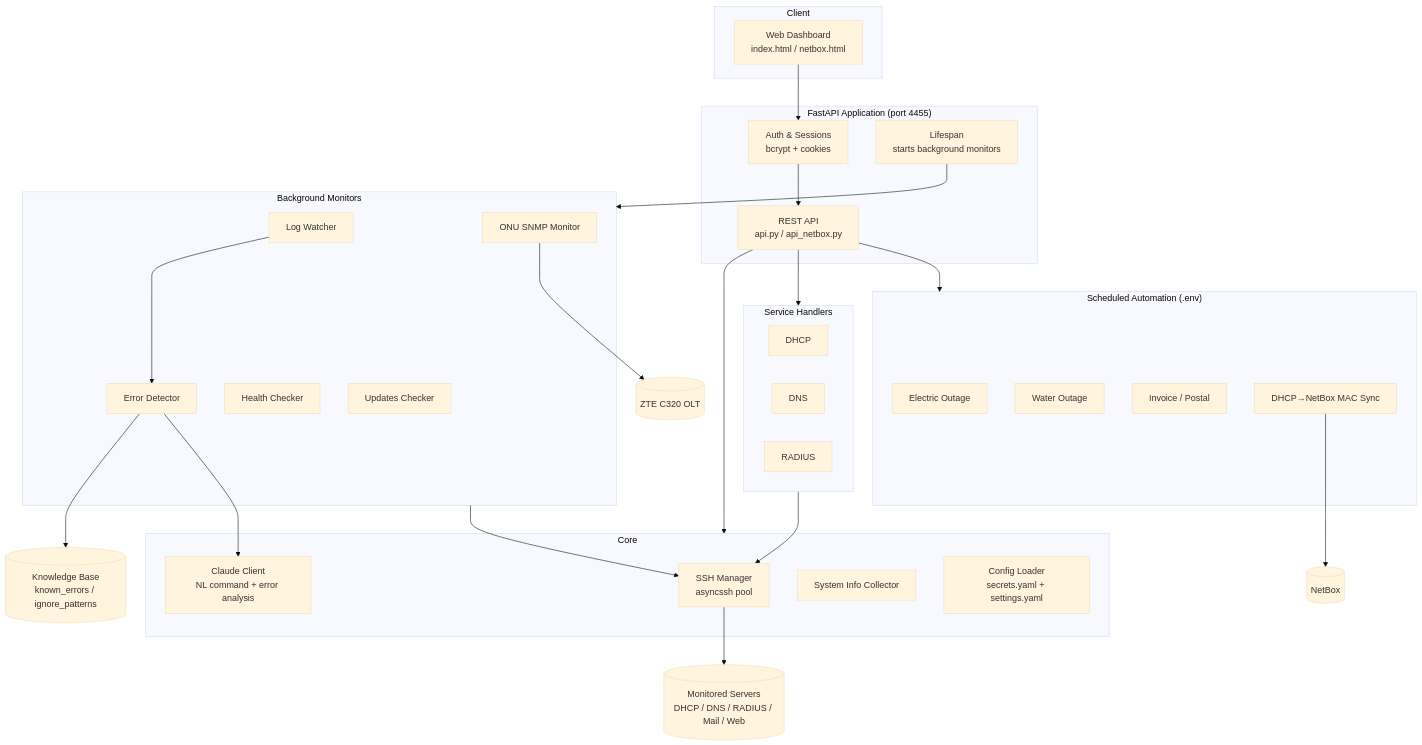
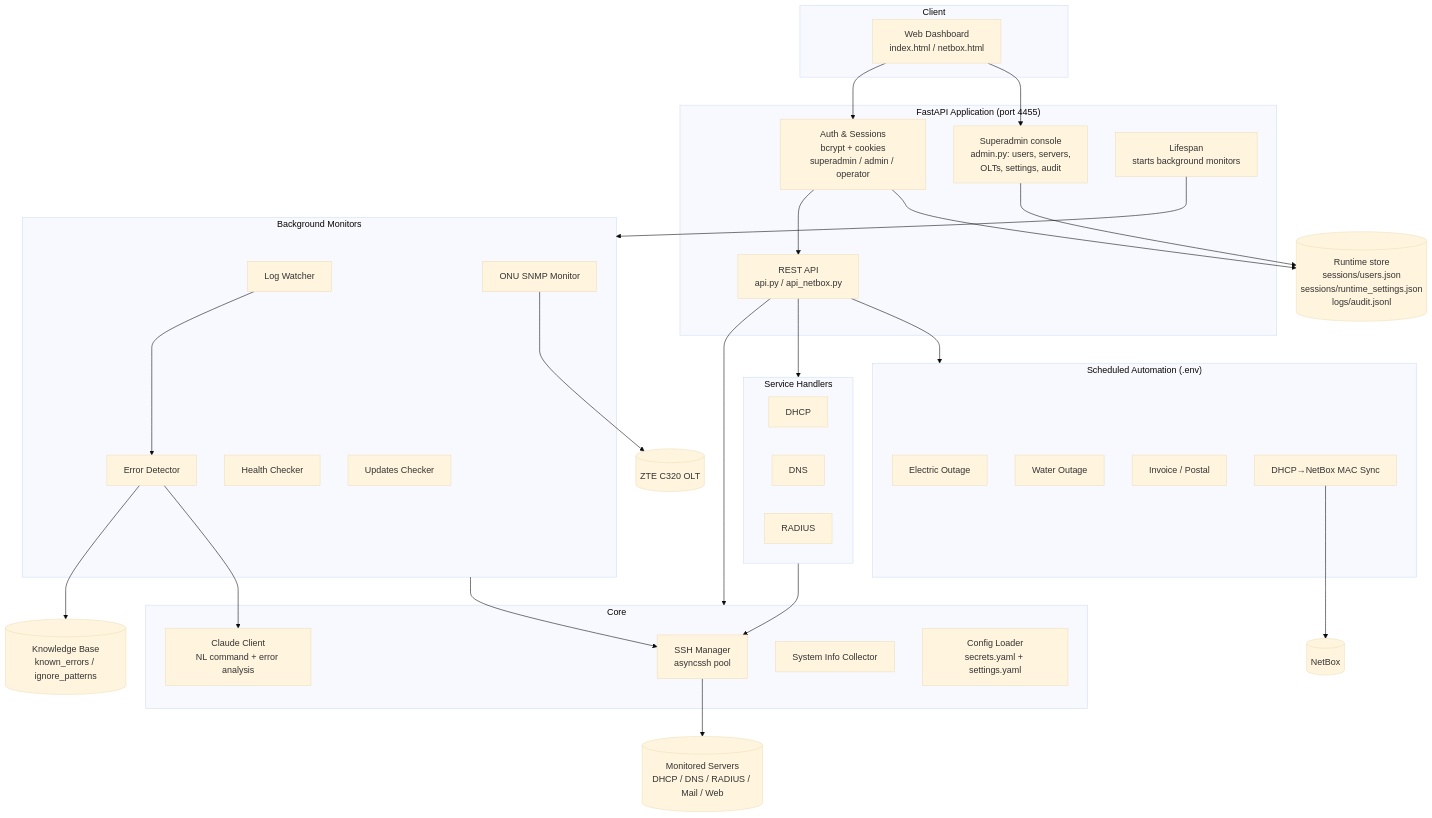
The diagram in README.md (Madly222/netops-control-plane), drawn with Mermaid (base theme) before and after one commit. The commit also changed other lines of this file, not shown here.

````diff
--- a/README.md
+++ b/README.md
@@ -52,57 +53,62 @@
 ```mermaid
 flowchart TB
     subgraph Client
         UI[Web Dashboard<br/>index.html / netbox.html]
     end
 
     subgraph App["FastAPI Application (port 4455)"]
-        AUTH[Auth & Sessions<br/>bcrypt + cookies]
+        AUTH[Auth & Sessions<br/>bcrypt + cookies<br/>superadmin / admin / operator]
         API[REST API<br/>api.py / api_netbox.py]
+        ADMIN[Superadmin console<br/>admin.py: users, servers,<br/>OLTs, settings, audit]
         LIFESPAN[Lifespan<br/>starts background monitors]
     end
 
     subgraph Core
         SSH[SSH Manager<br/>asyncssh pool]
         CLAUDE[Claude Client<br/>NL command + error analysis]
         SYSINFO[System Info Collector]
         CONFIG[Config Loader<br/>secrets.yaml + settings.yaml]
     end
 
     subgraph Services["Service Handlers"]
         DHCP[DHCP]
         DNS[DNS]
         RADIUS[RADIUS]
     end
 
     subgraph Monitors["Background Monitors"]
         LOGW[Log Watcher]
         ERRD[Error Detector]
         HEALTH[Health Checker]
         UPD[Updates Checker]
         ONU[ONU SNMP Monitor]
     end
 
     subgraph Automation["Scheduled Automation (.env)"]
         ELEC[Electric Outage]
         ACC[Water Outage]
         INV[Invoice / Postal]
         MACSYNC[DHCP→NetBox MAC Sync]
     end
 
     KB[(Knowledge Base<br/>known_errors / ignore_patterns)]
     TARGETS[(Monitored Servers<br/>DHCP / DNS / RADIUS / Mail / Web)]
     OLT[(ZTE C320 OLT)]
     NB[(NetBox)]
+    STORE[(Runtime store<br/>sessions/users.json<br/>sessions/runtime_settings.json<br/>logs/audit.jsonl)]
 
     UI --> AUTH --> API
+    UI --> ADMIN
+    ADMIN --> STORE
+    AUTH --> STORE
     API --> Core
     API --> Services
     LIFESPAN --> Monitors
     Services --> SSH --> TARGETS
     Monitors --> SSH
     LOGW --> ERRD --> KB
     ERRD --> CLAUDE
     ONU --> OLT
     MACSYNC --> NB
     API --> Automation
 ```
````
